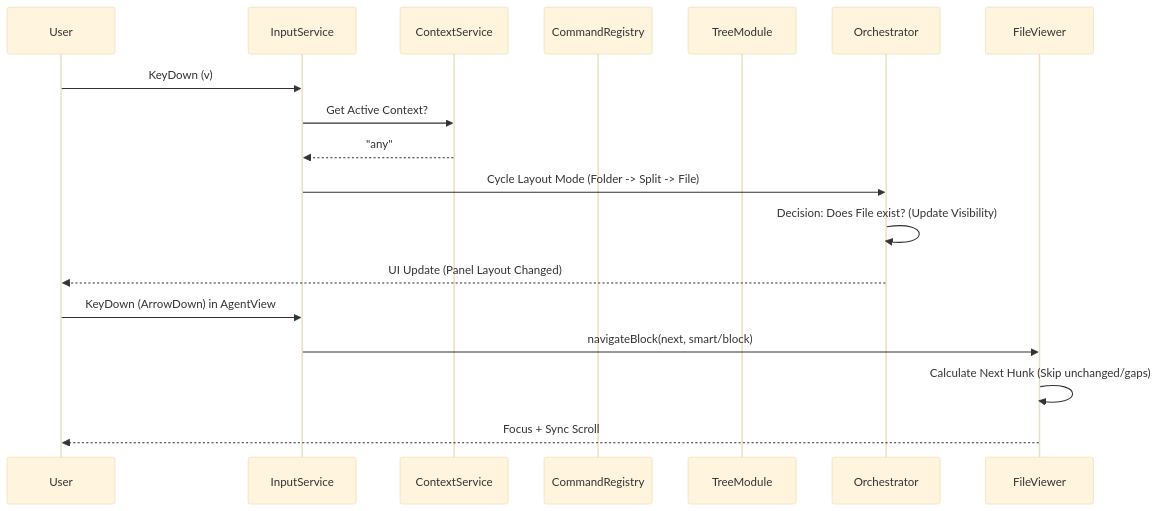
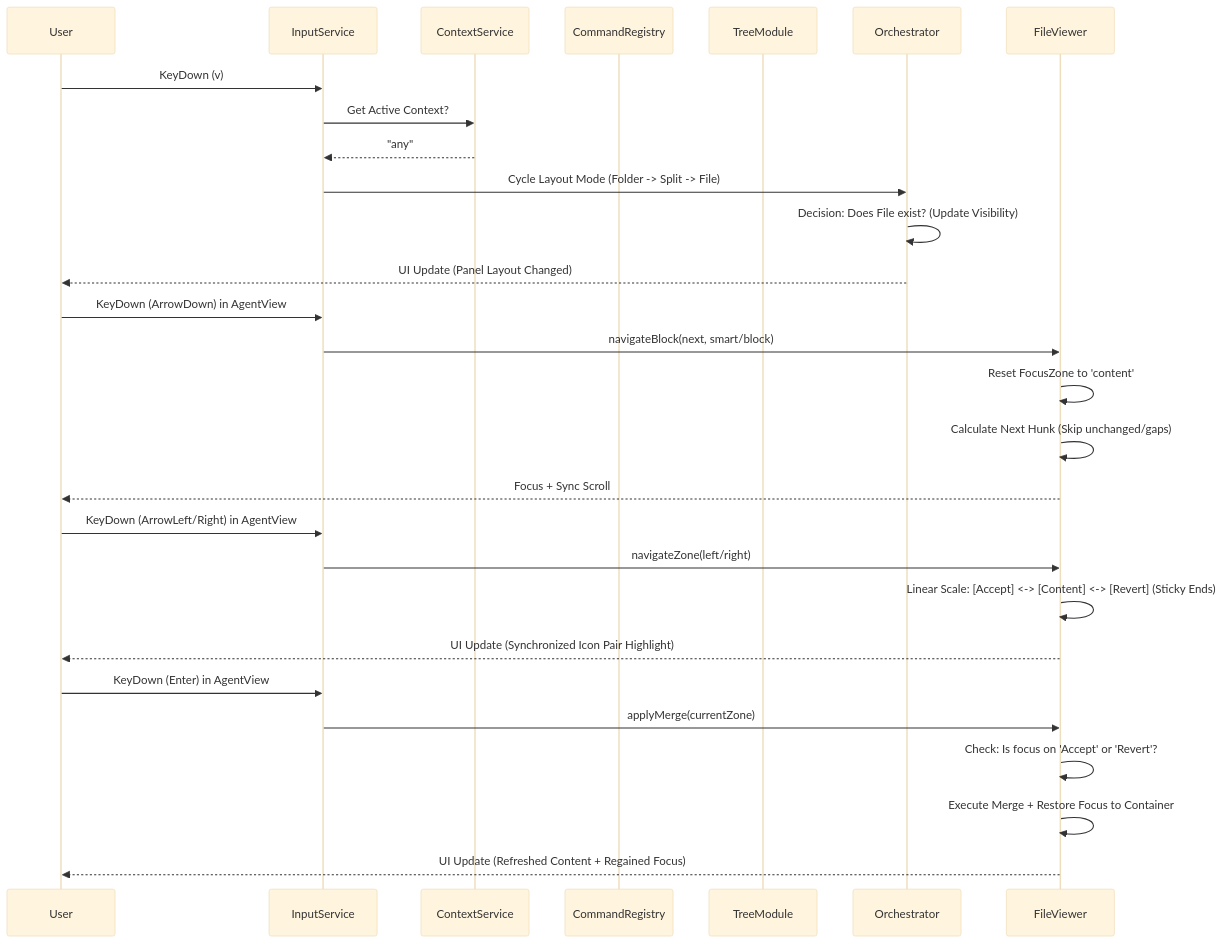
Before and after one commit to juitem/JFolderMerge: the second of 6 diagrams in docs/refacv6/architecture_designs.md, drawn with Mermaid (base theme). The commit also changed 14 other files, not shown here.

````diff
--- a/docs/refacv6/architecture_designs.md
+++ b/docs/refacv6/architecture_designs.md
@@ -72,22 +72,34 @@
 ```mermaid
 sequenceDiagram
     participant U as User
     participant I as InputService
     participant C as ContextService
     participant R as CommandRegistry
     participant T as TreeModule
     participant O as Orchestrator
     participant V as FileViewer
 
     U->>I: KeyDown (v)
     I->>C: Get Active Context?
     C-->>I: "any"
     I->>O: Cycle Layout Mode (Folder -> Split -> File)
     O->>O: Decision: Does File exist? (Update Visibility)
     O-->>U: UI Update (Panel Layout Changed)
 
     U->>I: KeyDown (ArrowDown) in AgentView
     I->>V: navigateBlock(next, smart/block)
+    V->>V: Reset FocusZone to 'content'
     V->>V: Calculate Next Hunk (Skip unchanged/gaps)
     V-->>U: Focus + Sync Scroll
+
+    U->>I: KeyDown (ArrowLeft/Right) in AgentView
+    I->>V: navigateZone(left/right)
+    V->>V: Linear Scale: [Accept] <-> [Content] <-> [Revert] (Sticky Ends)
+    V-->>U: UI Update (Synchronized Icon Pair Highlight)
+
+    U->>I: KeyDown (Enter) in AgentView
+    I->>V: applyMerge(currentZone)
+    V->>V: Check: Is focus on 'Accept' or 'Revert'?
+    V->>V: Execute Merge + Restore Focus to Container
+    V-->>U: UI Update (Refreshed Content + Regained Focus)
 ```
````
